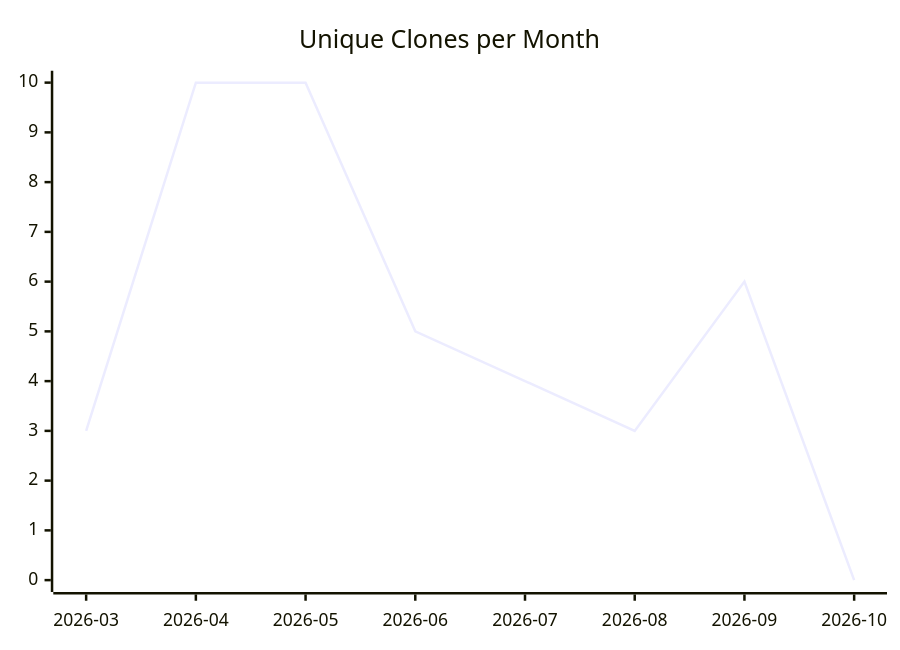
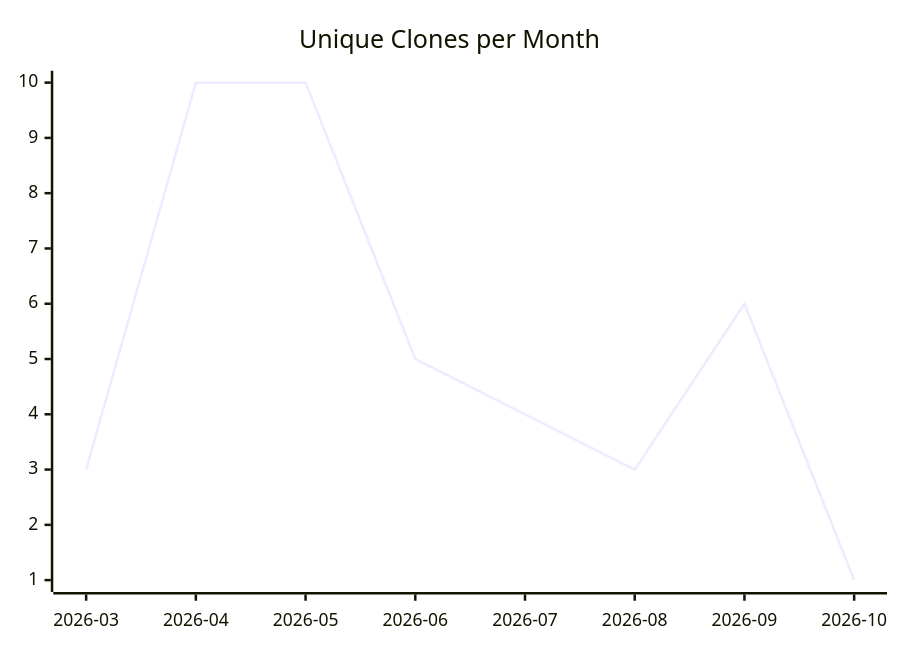
The third of 3 diagrams in karlmdavis/can-i-kayak-baltimore/README.md (justdavis-family/github-analytics-data), drawn with Mermaid before and after one commit. The commit also changed other lines of this file and 203 other files, not shown here.

````diff
--- a/karlmdavis/can-i-kayak-baltimore/README.md
+++ b/karlmdavis/can-i-kayak-baltimore/README.md
@@ -19,6 +19,6 @@
 ```mermaid
 xychart-beta
   title "Unique Clones per Month"
   x-axis ["2026-03", "2026-04", "2026-05", "2026-06", "2026-07", "2026-08", "2026-09", "2026-10"]
-  line [3, 10, 10, 5, 4, 3, 6, 0]
+  line [3, 10, 10, 5, 4, 3, 6, 1]
 ```
````
